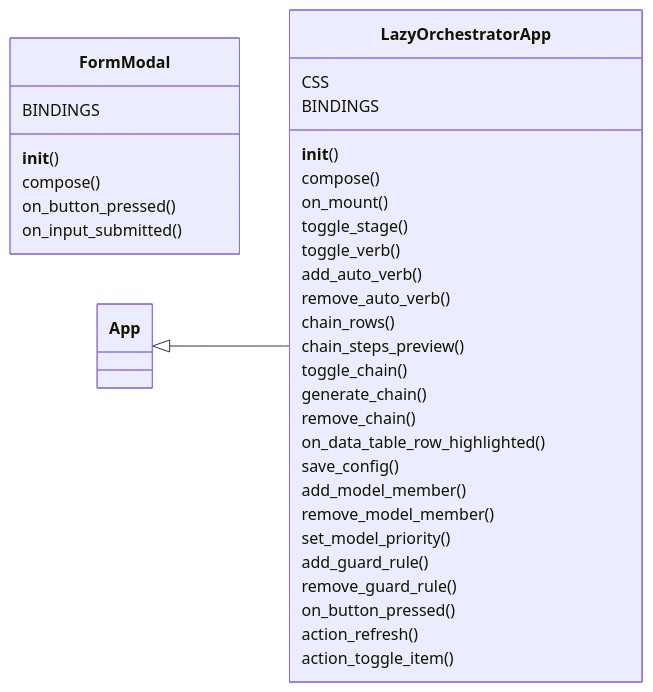
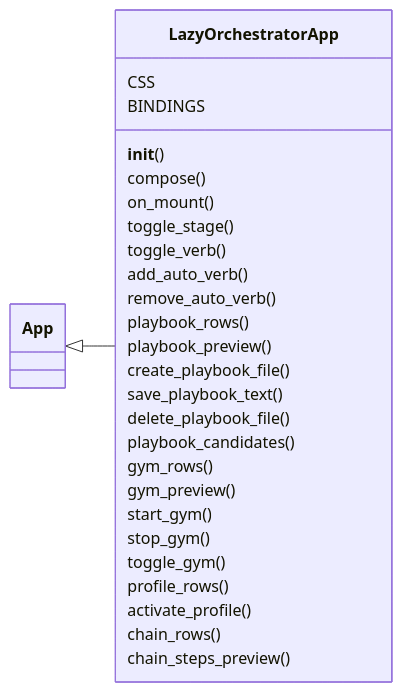
The first of 2 diagrams in readmenator-apidocs/modules/cli.lazy_orchestrator.py.md (grisuno/LazyOwn), drawn with Mermaid before and after one commit. The commit also changed other lines of this file and 764 other files, not shown here.

````diff
--- a/readmenator-apidocs/modules/cli.lazy_orchestrator.py.md
+++ b/readmenator-apidocs/modules/cli.lazy_orchestrator.py.md
@@ -26,37 +31,31 @@
 ```mermaid
 classDiagram
     direction LR
-    class FormModal
-    FormModal : BINDINGS
-    FormModal : __init__()
-    FormModal : compose()
-    FormModal : on_button_pressed()
-    FormModal : on_input_submitted()
     class LazyOrchestratorApp
     LazyOrchestratorApp : CSS
     LazyOrchestratorApp : BINDINGS
     LazyOrchestratorApp : __init__()
     LazyOrchestratorApp : compose()
     LazyOrchestratorApp : on_mount()
     LazyOrchestratorApp : toggle_stage()
     LazyOrchestratorApp : toggle_verb()
     LazyOrchestratorApp : add_auto_verb()
     LazyOrchestratorApp : remove_auto_verb()
+    LazyOrchestratorApp : playbook_rows()
+    LazyOrchestratorApp : playbook_preview()
+    LazyOrchestratorApp : create_playbook_file()
+    LazyOrchestratorApp : save_playbook_text()
+    LazyOrchestratorApp : delete_playbook_file()
+    LazyOrchestratorApp : playbook_candidates()
+    LazyOrchestratorApp : gym_rows()
+    LazyOrchestratorApp : gym_preview()
+    LazyOrchestratorApp : start_gym()
+    LazyOrchestratorApp : stop_gym()
+    LazyOrchestratorApp : toggle_gym()
+    LazyOrchestratorApp : profile_rows()
+    LazyOrchestratorApp : activate_profile()
     LazyOrchestratorApp : chain_rows()
     LazyOrchestratorApp : chain_steps_preview()
-    LazyOrchestratorApp : toggle_chain()
-    LazyOrchestratorApp : generate_chain()
-    LazyOrchestratorApp : remove_chain()
-    LazyOrchestratorApp : on_data_table_row_highlighted()
-    LazyOrchestratorApp : save_config()
-    LazyOrchestratorApp : add_model_member()
-    LazyOrchestratorApp : remove_model_member()
-    LazyOrchestratorApp : set_model_priority()
-    LazyOrchestratorApp : add_guard_rule()
-    LazyOrchestratorApp : remove_guard_rule()
-    LazyOrchestratorApp : on_button_pressed()
-    LazyOrchestratorApp : action_refresh()
-    LazyOrchestratorApp : action_toggle_item()
     class App
     App <|-- LazyOrchestratorApp
 ```
````
